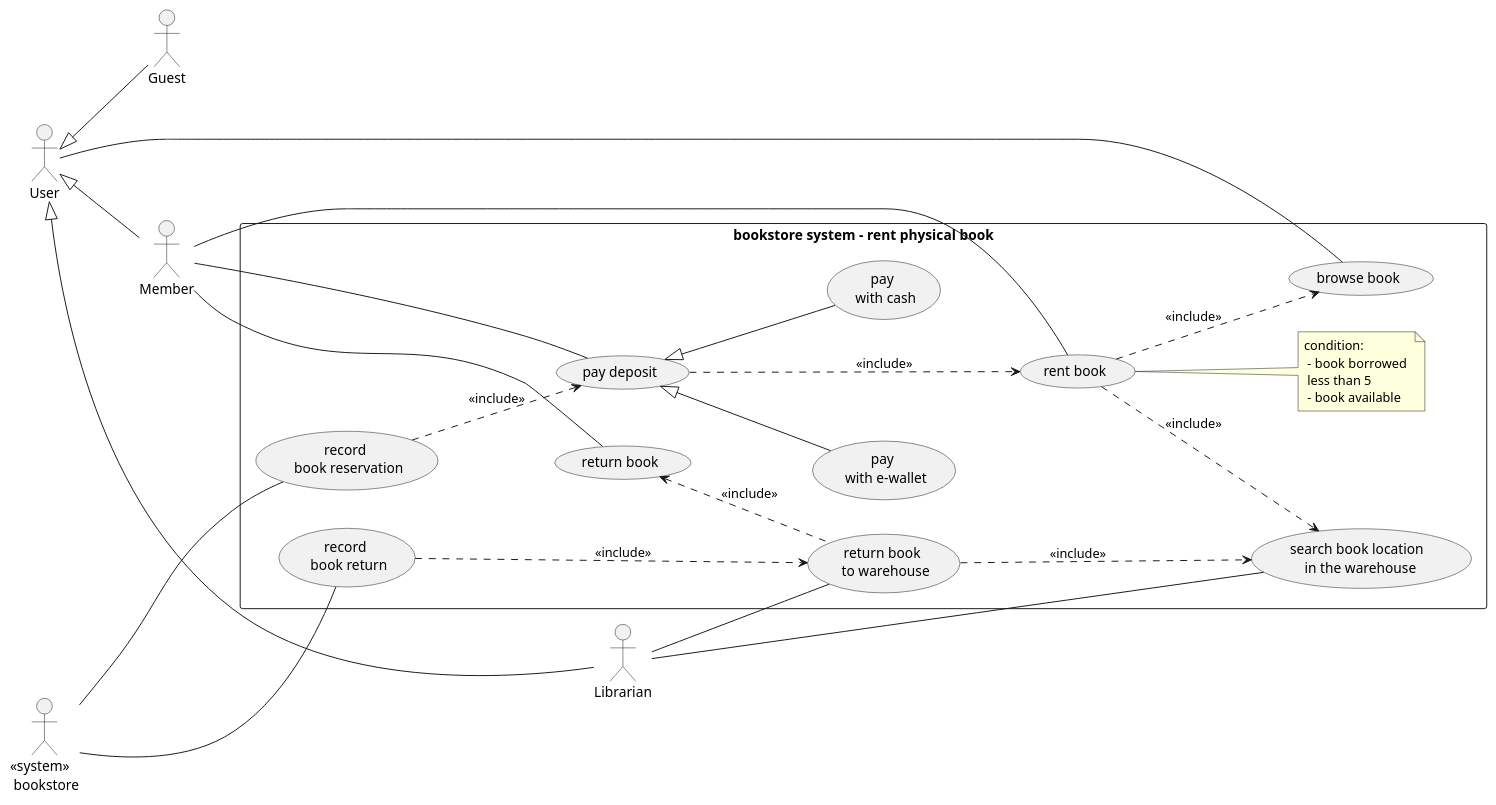
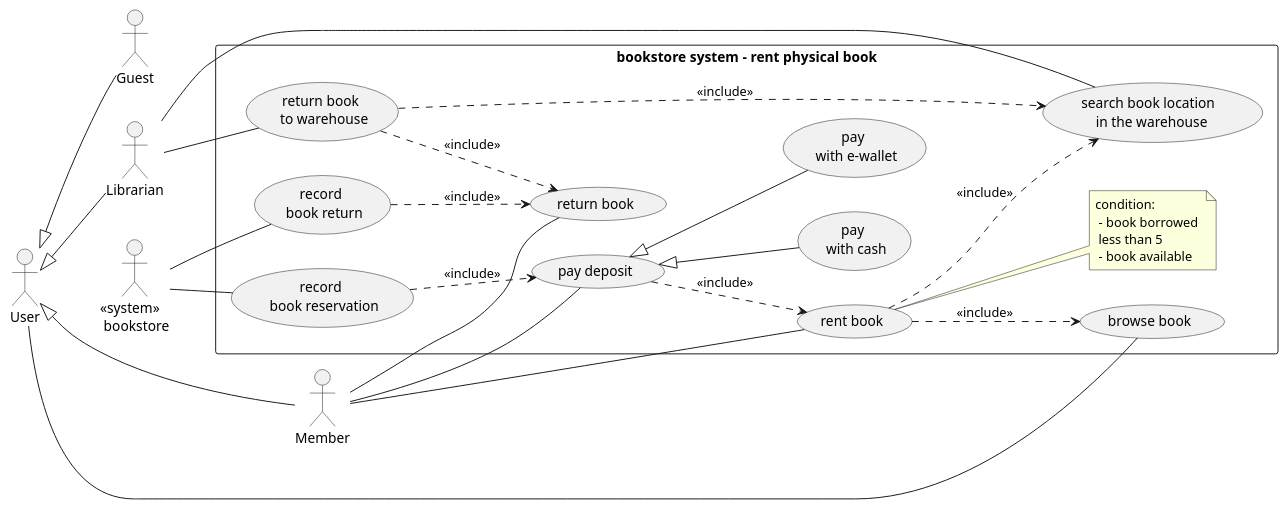
Before and after one commit to ericdaniel6166/share: the diagram in software_architecture/02_lucy_book_store/03_use_case.puml, drawn with PlantUML.

```diff
--- a/software_architecture/02_lucy_book_store/03_use_case.puml
+++ b/software_architecture/02_lucy_book_store/03_use_case.puml
@@ -1,52 +1,52 @@
 @startuml
 
 left to right direction
 
 Guest as guest
 Member as member
 Librarian as librarian
 User as user
 "<<system>> \n bookstore" as store
 
 rectangle "bookstore system - rent physical book" {
     usecase "rent book" as rent_book
     usecase "return book" as return_book
     usecase "return book \n to warehouse" as return_book_warehouse
     usecase "browse book" as browse_book
     usecase "search book location \n in the warehouse" as search_book
     usecase "pay deposit" as pay
     usecase "pay \n with cash" as pay_cash
     usecase "pay \n with e-wallet" as pay_e_wallet
     usecase "record \n book reservation" as record_book_reservation
     usecase "record \n book return" as record_book_return
     note right of rent_book: condition: \n - book borrowed \n less than 5 \n - book available
 
 
 }
 user<|--guest
 user<|--member
 user<|--librarian
 
 user -- browse_book
 
 member -- rent_book
 rent_book ..> browse_book : <<include>>
 
-librarian -l- search_book
+librarian -- search_book
 rent_book ..> search_book : <<include>>
 
-member --- pay
-pay ...> rent_book : <<include>>
+member -- pay
+pay ..> rent_book : <<include>>
 pay<|--pay_cash
 pay<|--pay_e_wallet
 
 store -- record_book_reservation
 record_book_reservation ..> pay : <<include>>
 member -- return_book
 librarian -- return_book_warehouse
-return_book_warehouse .u.> return_book : <<include>>
-return_book_warehouse ...> search_book : <<include>>
-store --- record_book_return
-record_book_return ...> return_book_warehouse : <<include>>
+return_book_warehouse ..> return_book : <<include>>
+return_book_warehouse ....> search_book : <<include>>
+store -- record_book_return
+record_book_return ..> return_book : <<include>>
 
 @enduml
```
